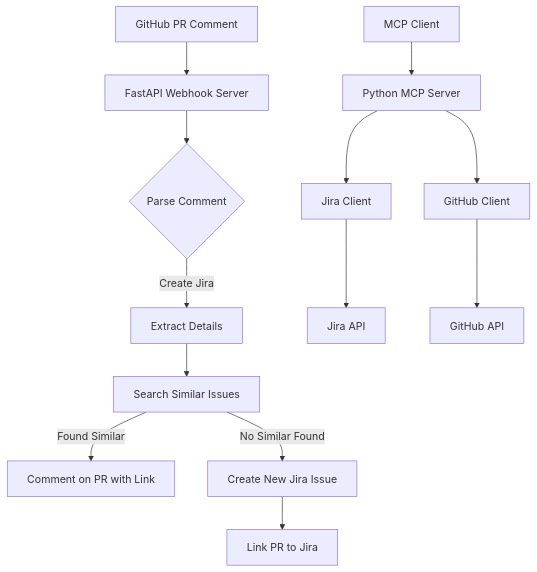
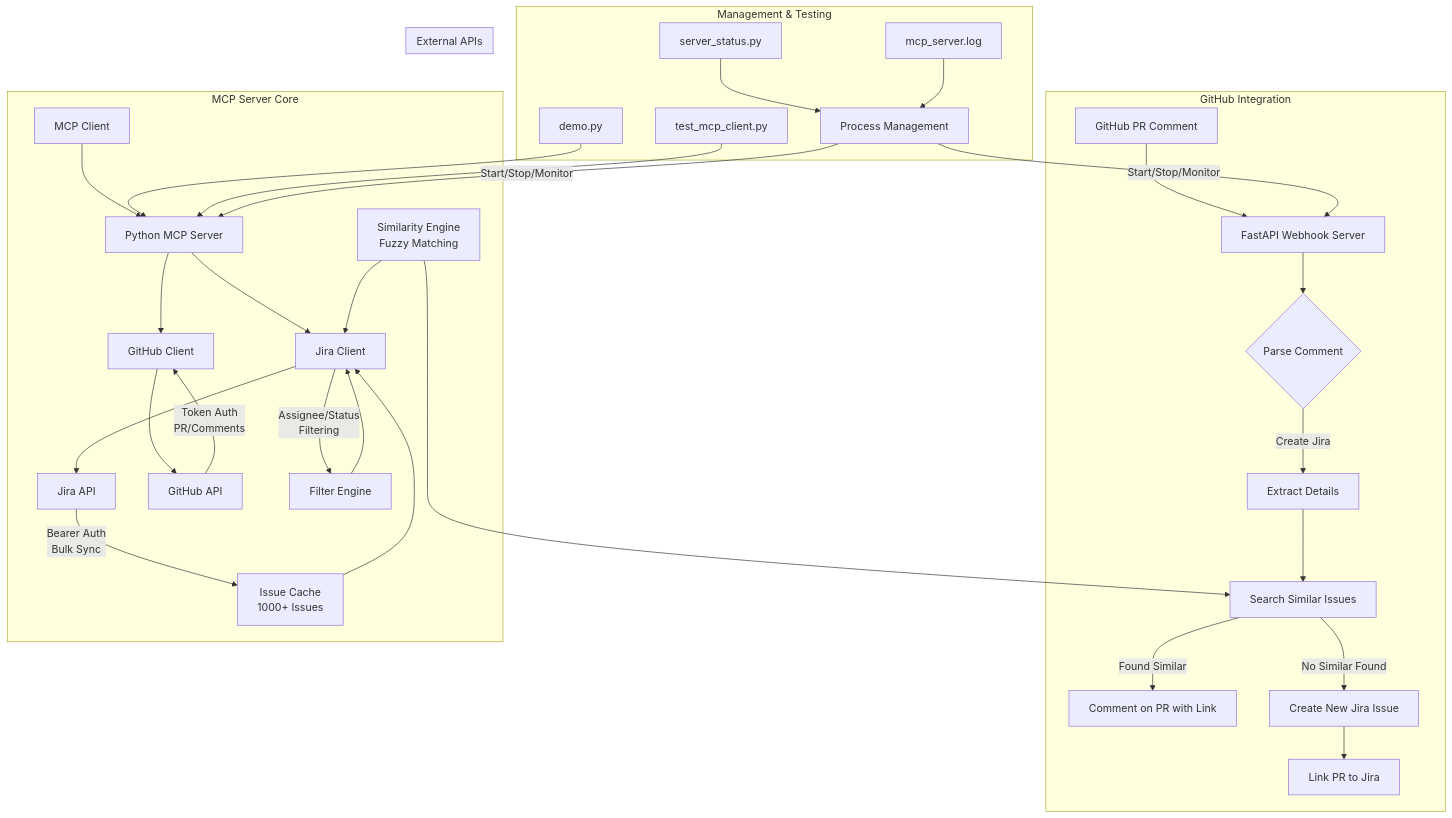
The diagram in README.md (fbm3307/jira-github-mcp), drawn with Mermaid before and after one commit. The commit also changed other lines of this file, not shown here.

````diff
--- a/README.md
+++ b/README.md
@@ -18,16 +21,41 @@
 ```mermaid
 graph TB
-    A[GitHub PR Comment] --> B[FastAPI Webhook Server]
-    B --> C{Parse Comment}
-    C -->|Create Jira| D[Extract Details]
-    D --> E[Search Similar Issues]
-    E -->|Found Similar| F[Comment on PR with Link]
-    E -->|No Similar Found| G[Create New Jira Issue]
-    G --> H[Link PR to Jira]
+    subgraph "GitHub Integration"
+        A[GitHub PR Comment] --> B[FastAPI Webhook Server]
+        B --> C{Parse Comment}
+        C -->|Create Jira| D[Extract Details]
+        D --> E[Search Similar Issues]
+        E -->|Found Similar| F[Comment on PR with Link]
+        E -->|No Similar Found| G[Create New Jira Issue]
+        G --> H[Link PR to Jira]
+    end
+
+    subgraph "MCP Server Core"
+        I[MCP Client] --> J[Python MCP Server]
+        J --> K[Jira Client]
+        J --> L[GitHub Client]
+        K --> M[Jira API]
+        L --> N[GitHub API]
+        
+        O[Issue Cache<br/>1000+ Issues] --> K
+        P[Similarity Engine<br/>Fuzzy Matching] --> E
+        P --> K
+        V[Filter Engine] --> K
+    end
+
+    subgraph "Management & Testing"
+        Q[server_status.py] --> R[Process Management]
+        S[demo.py] --> J
+        T[test_mcp_client.py] --> J
+        U[mcp_server.log] --> R
+    end
+
+    subgraph "External APIs"
+        M -->|Bearer Auth<br/>Bulk Sync| O
+        N -->|Token Auth<br/>PR/Comments| L
+    end
     
-    I[MCP Client] --> J[Python MCP Server]
-    J --> K[Jira Client]
-    J --> L[GitHub Client]
-    K --> M[Jira API]
-    L --> N[GitHub API]
+    R -->|Start/Stop/Monitor| J
+    R -->|Start/Stop/Monitor| B
+    K -->|Assignee/Status<br/>Filtering| V
 ```
````
